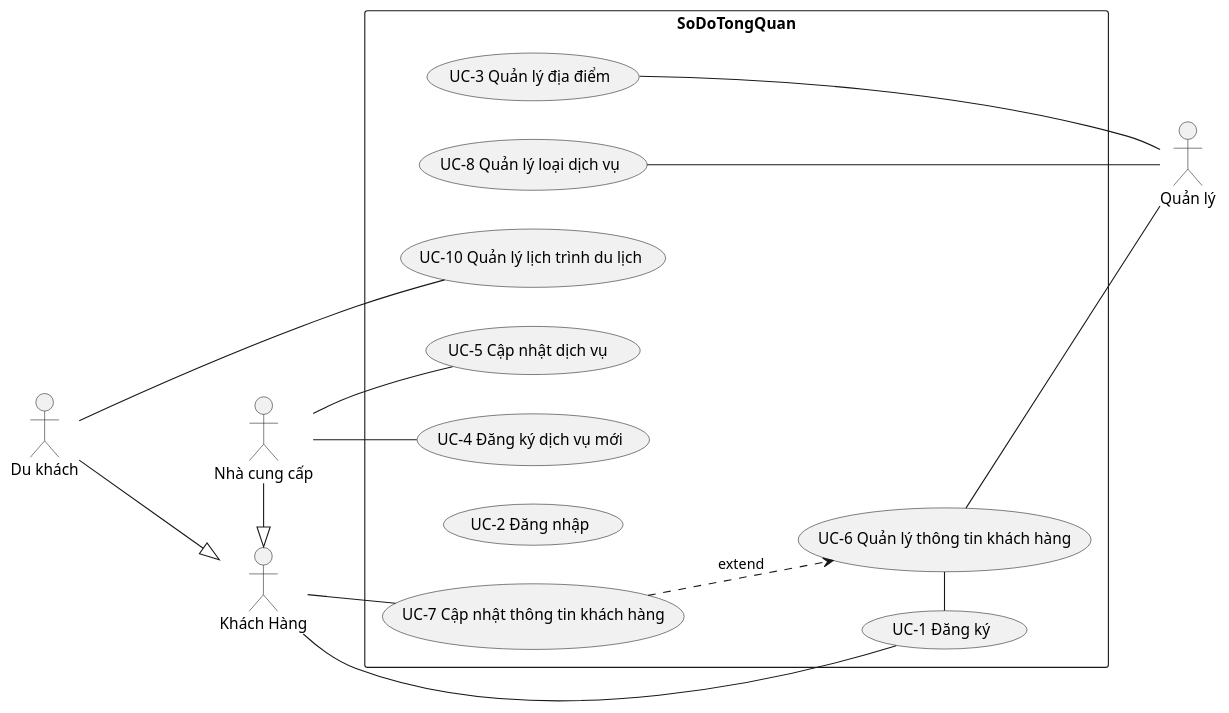
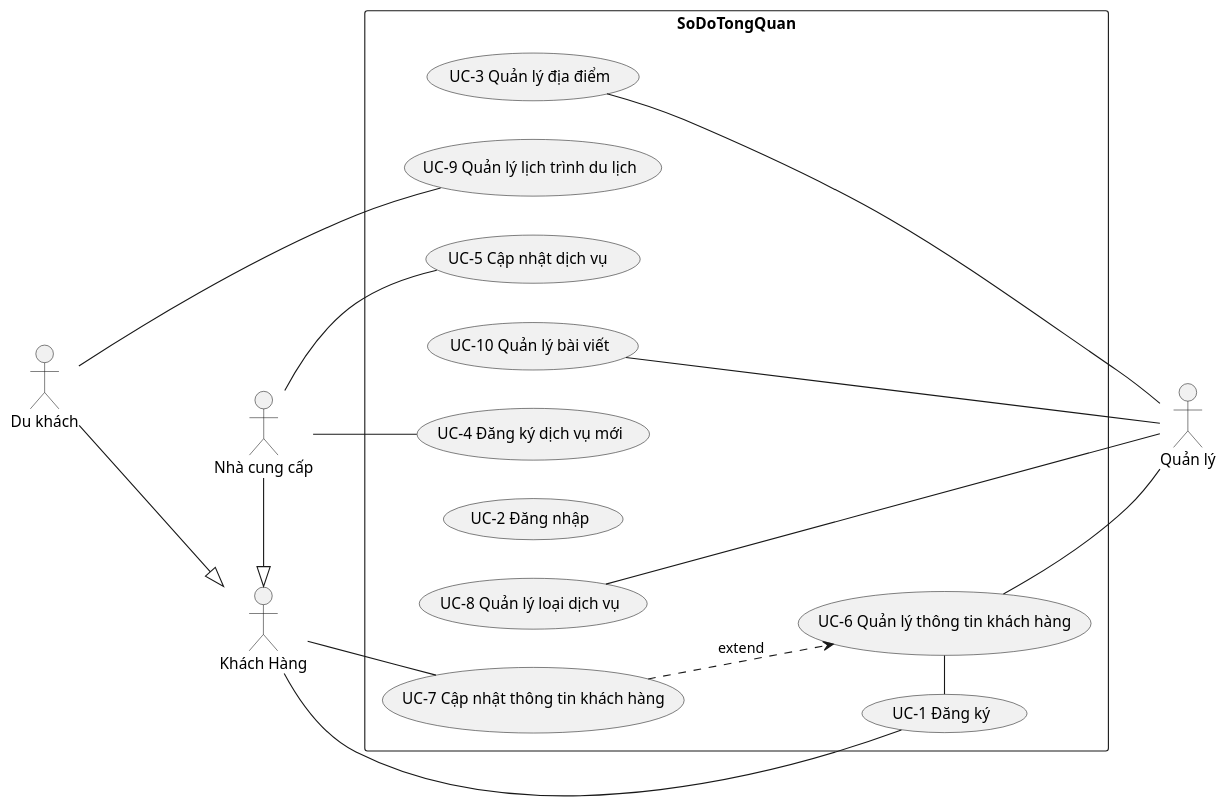
The diagram in PlanUML/UseCase.puml (TranTan-Dat/LV_DuLichDienTu), drawn with PlantUML before and after one commit. The commit also changed 21 other files, not shown here.

```diff
--- a/PlanUML/UseCase.puml
+++ b/PlanUML/UseCase.puml
@@ -1,47 +1,51 @@
 @startuml SoDoUC
 left to right direction
 actor "Quản lý" as QL
 actor "Khách Hàng" as KH
 actor "Nhà cung cấp" as NCC
 actor "Du khách" as DKhach
 
 
 rectangle  SoDoTongQuan{
   usecase "UC-8 Quản lý loại dịch vụ" as QLLDV
   usecase "UC-3 Quản lý địa điểm" as QLDD
   ' usecase "UC-9 Quản lý thông tin " as QLTTDD
 
   usecase "UC-4 Đăng ký dịch vụ mới" as Them_TTDD
   usecase "UC-5 Cập nhật dịch vụ " as CapNhat_TTDD
   usecase "UC-7 Cập nhật thông tin khách hàng" as CapNhat_TTKH
 
   usecase "UC-6 Quản lý thông tin khách hàng" as QLTTKH
   usecase "UC-1 Đăng ký" as DKy
-  usecase "UC-2 Đăng nhập" as DNhap
-  usecase "UC-10 Quản lý lịch trình du lịch" as QLCD
+  usecase "UC-2 Đăng nhập" as DNhapz
+  usecase "UC-9 Quản lý lịch trình du lịch" as QLCD
+  
+  usecase "UC-10 Quản lý bài viết" as QLBV
+
+  
   ' chỗ nay nhà cung cấp và du khách đều dùng quản lý lịch trình du lịch
 }
 
 QLTTKH - DKy
 CapNhat_TTKH ..> QLTTKH : extend
 
 KH -- CapNhat_TTKH
 KH --- DKy
 
-QLDD - QL
+QLDD -- QL
 QLTTKH -- QL
 QLLDV - QL
-
+QLBV -- QL
 
 
 NCC -|> KH
 
 DKhach ---|> KH
 
 NCC - CapNhat_TTDD
 NCC - Them_TTDD
 
 
 DKhach -- QLCD
 
 @enduml
```
